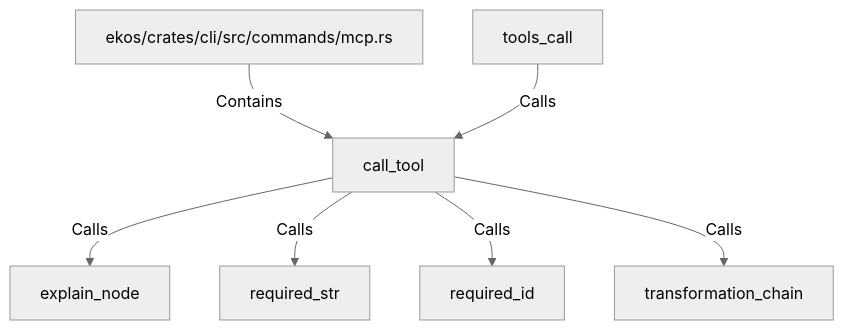
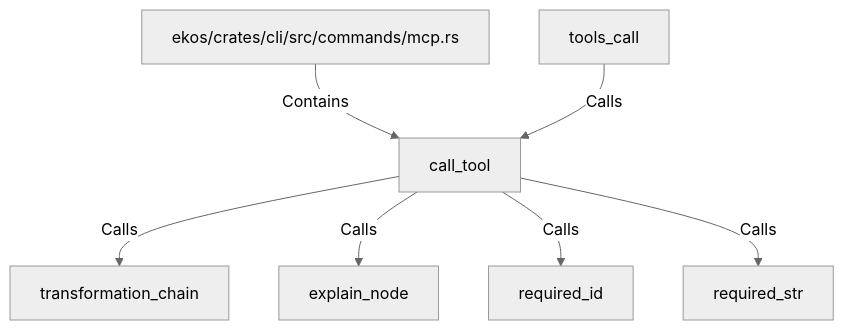
Before and after one commit to alexeyban/EKOS: the diagram in doc/entities/rustsymbol/ca/call-tool.md, drawn with Mermaid (neutral theme). The commit also changed other lines of this file and 552 other files, not shown here.

````diff
--- a/doc/entities/rustsymbol/ca/call-tool.md
+++ b/doc/entities/rustsymbol/ca/call-tool.md
@@ -25,16 +25,16 @@
 ```mermaid
 graph TD
     n0e48bbfe32495440a944a03fcd474757["call_tool"]
     nff76bb7392855295927c5cb33a5bbc25["ekos/crates/cli/src/commands/mcp.rs"]
     nff76bb7392855295927c5cb33a5bbc25 -->|Contains| n0e48bbfe32495440a944a03fcd474757
     n524402504db85d198d69bf98b9de4bd1["tools_call"]
     n524402504db85d198d69bf98b9de4bd1 -->|Calls| n0e48bbfe32495440a944a03fcd474757
+    nfc9051fdc6d95f7496465a2260a739f1["transformation_chain"]
+    n0e48bbfe32495440a944a03fcd474757 -->|Calls| nfc9051fdc6d95f7496465a2260a739f1
     n0ebfd1d7051f56b49112e5305fb697e3["explain_node"]
     n0e48bbfe32495440a944a03fcd474757 -->|Calls| n0ebfd1d7051f56b49112e5305fb697e3
+    nd8d4e4a86e9d5b6da699fe2d97a8071c["required_id"]
+    n0e48bbfe32495440a944a03fcd474757 -->|Calls| nd8d4e4a86e9d5b6da699fe2d97a8071c
     n34ebe6e367295e55a0e8f85730f2eb99["required_str"]
     n0e48bbfe32495440a944a03fcd474757 -->|Calls| n34ebe6e367295e55a0e8f85730f2eb99
-    nd8d4e4a86e9d5b6da699fe2d97a8071c["required_id"]
-    n0e48bbfe32495440a944a03fcd474757 -->|Calls| nd8d4e4a86e9d5b6da699fe2d97a8071c
-    nfc9051fdc6d95f7496465a2260a739f1["transformation_chain"]
-    n0e48bbfe32495440a944a03fcd474757 -->|Calls| nfc9051fdc6d95f7496465a2260a739f1
 ```
````
